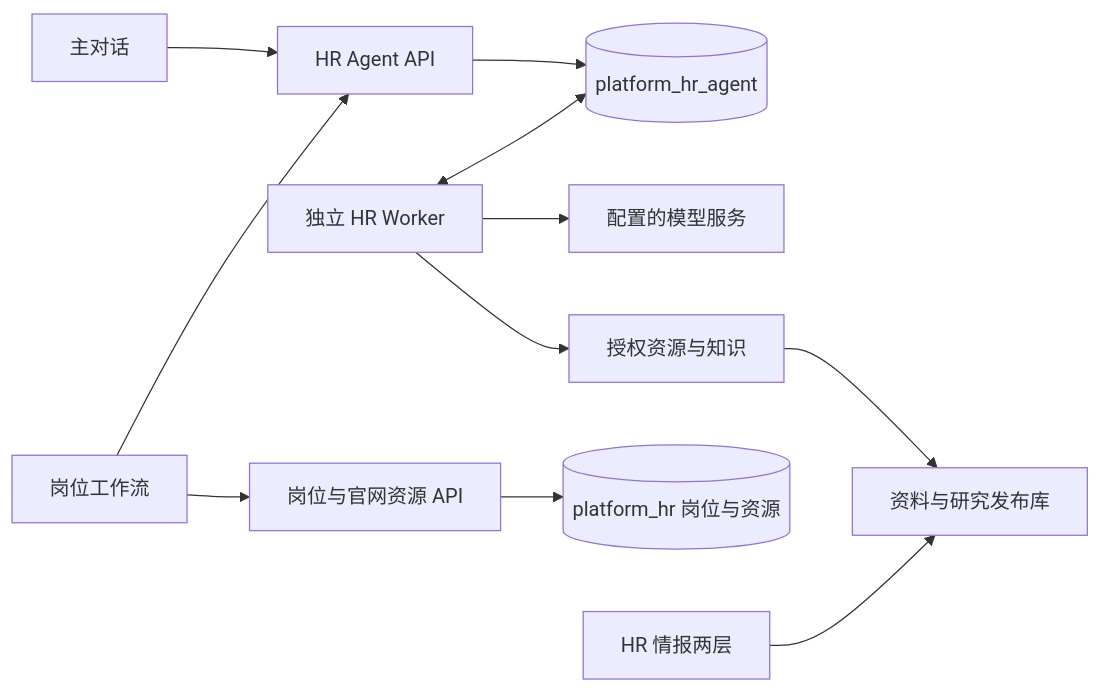
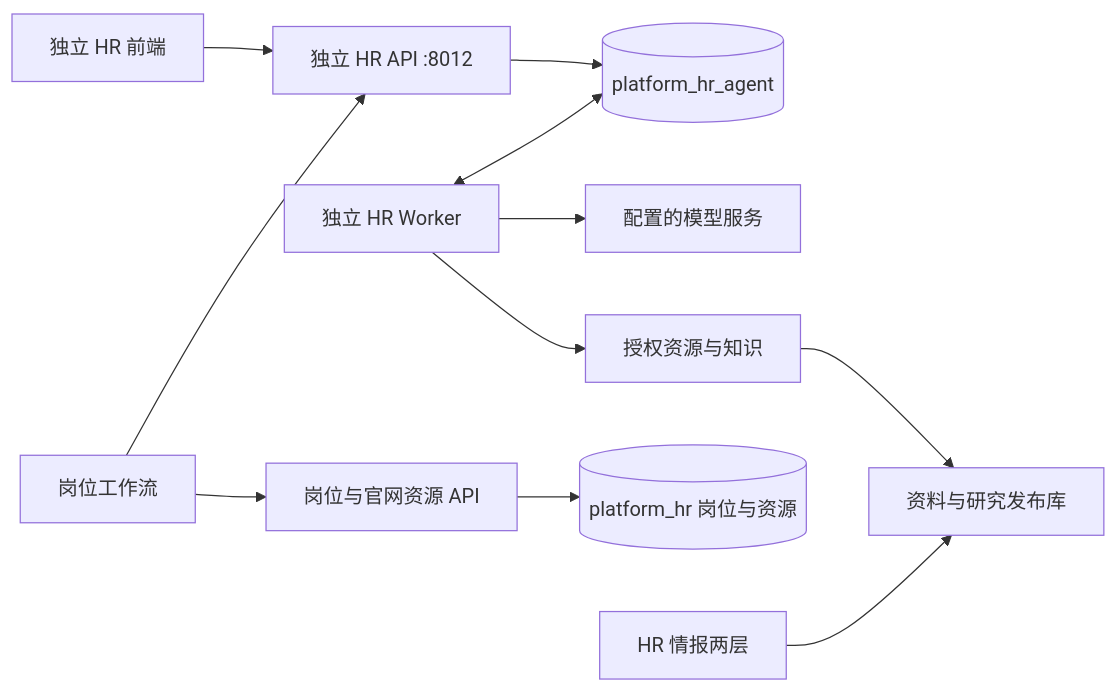
One commit to ink-hz/AI-Agent-Platform changed the diagram in docs/2026-09-15-hr-current-implementation.md. Above: the diagram before and after it, drawn with Mermaid. The commit also changed other lines of this file and 6 other files, not shown here.

````diff
--- a/docs/2026-09-15-hr-current-implementation.md
+++ b/docs/2026-09-15-hr-current-implementation.md
@@ -45,13 +45,13 @@
 ```mermaid
 flowchart LR
-  Chat[主对话] --> Cloud[HR Agent API]
+  Chat[独立 HR 前端] --> Cloud[独立 HR API :8012]
   Cloud --> DB[(platform_hr_agent)]
   Worker[独立 HR Worker] <--> DB
   Worker --> Model[配置的模型服务]
   Worker --> Resources[授权资源与知识]
   Position[岗位工作流] --> Cloud
   Position --> PositionAPI[岗位与官网资源 API]
   PositionAPI --> OldDB[(platform_hr 岗位与资源)]
   Intel[HR 情报两层] --> Libraries[资料与研究发布库]
   Resources --> Libraries
 ```
````
